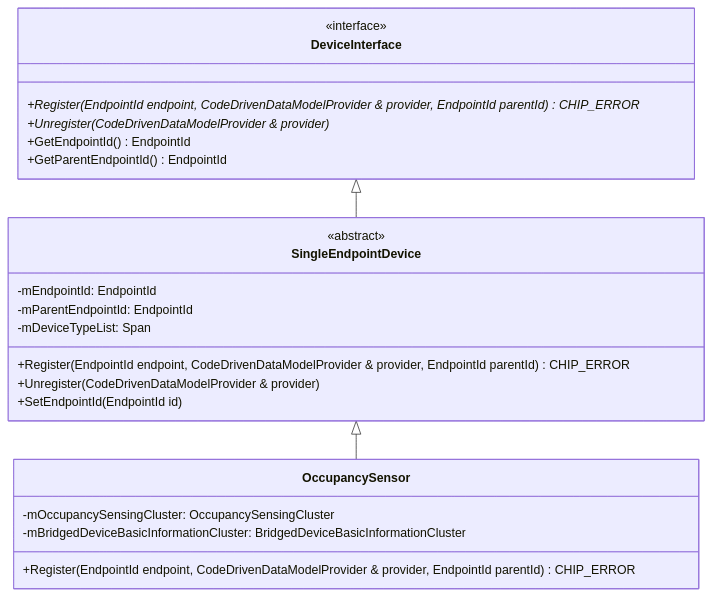
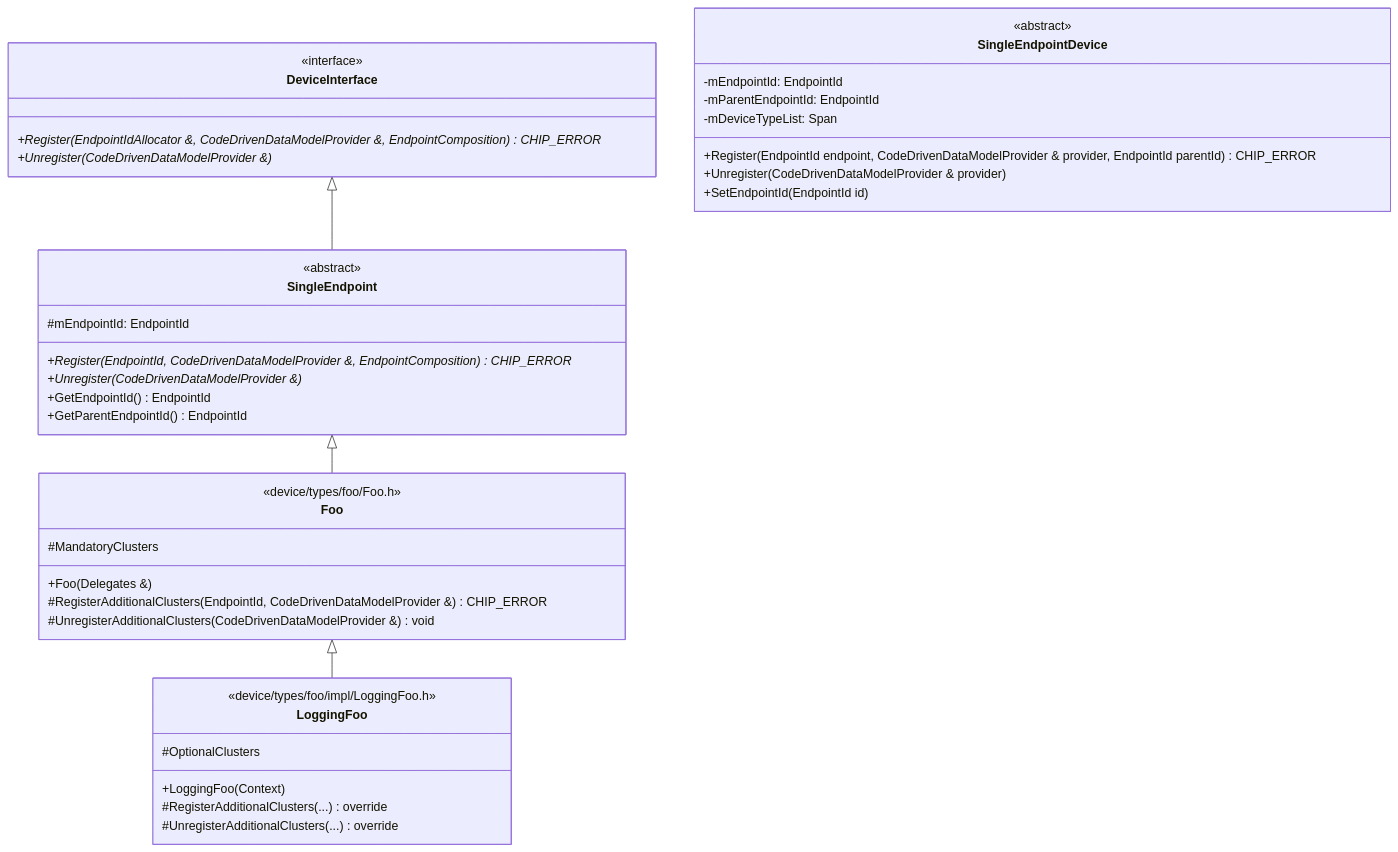
The second of 3 diagrams in examples/all-devices-app/docs/architecture.md (SiliconLabsSoftware/matter_sdk), drawn with Mermaid before and after one commit. The commit also changed other lines of this file and 52 other files, not shown here.

First line of the commit message:
[all-devices-app] Inherit simulated devices from leaf device types (#74278)

````diff
--- a/examples/all-devices-app/docs/architecture.md
+++ b/examples/all-devices-app/docs/architecture.md
@@ -80,29 +83,47 @@
 ```mermaid
 classDiagram
     class DeviceInterface {
         <<interface>>
-        +Register(EndpointId endpoint, CodeDrivenDataModelProvider & provider, EndpointId parentId)* CHIP_ERROR
-        +Unregister(CodeDrivenDataModelProvider & provider)*
+        +Register(EndpointIdAllocator &, CodeDrivenDataModelProvider &, EndpointComposition)* CHIP_ERROR
+        +Unregister(CodeDrivenDataModelProvider &)*
+    }
+
+    class SingleEndpoint {
+        <<abstract>>
+        #mEndpointId: EndpointId
+        +Register(EndpointId, CodeDrivenDataModelProvider &, EndpointComposition)* CHIP_ERROR
+        +Unregister(CodeDrivenDataModelProvider &)*
         +GetEndpointId() EndpointId
         +GetParentEndpointId() EndpointId
     }
 
     class SingleEndpointDevice {
         <<abstract>>
         -mEndpointId: EndpointId
         -mParentEndpointId: EndpointId
         -mDeviceTypeList: Span<DeviceTypeDescriptor>
         +Register(EndpointId endpoint, CodeDrivenDataModelProvider & provider, EndpointId parentId) CHIP_ERROR
         +Unregister(CodeDrivenDataModelProvider & provider)
         +SetEndpointId(EndpointId id)
     }
 
-    class OccupancySensor {
-        -mOccupancySensingCluster: OccupancySensingCluster
-        -mBridgedDeviceBasicInformationCluster: BridgedDeviceBasicInformationCluster
-        +Register(EndpointId endpoint, CodeDrivenDataModelProvider & provider, EndpointId parentId) CHIP_ERROR
+    class Foo {
+        <<device/types/foo/Foo.h>>
+        #MandatoryClusters
+        +Foo(Delegates &)
+        #RegisterAdditionalClusters(EndpointId, CodeDrivenDataModelProvider &) CHIP_ERROR
+        #UnregisterAdditionalClusters(CodeDrivenDataModelProvider &) void
     }
 
-    DeviceInterface <|-- SingleEndpointDevice
-    SingleEndpointDevice <|-- OccupancySensor
+    class LoggingFoo {
+        <<device/types/foo/impl/LoggingFoo.h>>
+        #OptionalClusters
+        +LoggingFoo(Context)
+        #RegisterAdditionalClusters(...) override
+        #UnregisterAdditionalClusters(...) override
+    }
+
+    DeviceInterface <|-- SingleEndpoint
+    SingleEndpoint <|-- Foo
+    Foo <|-- LoggingFoo
 ```
````
